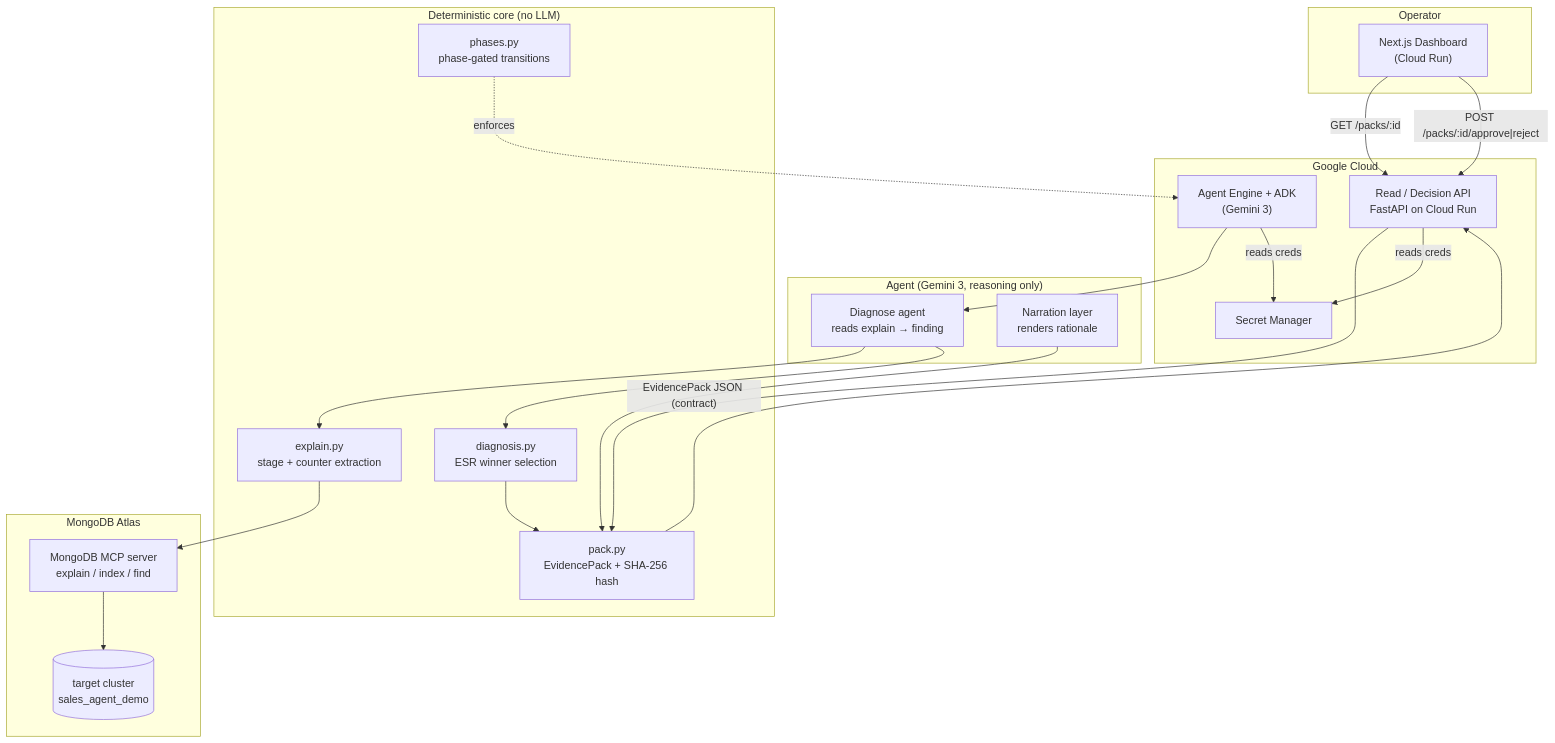
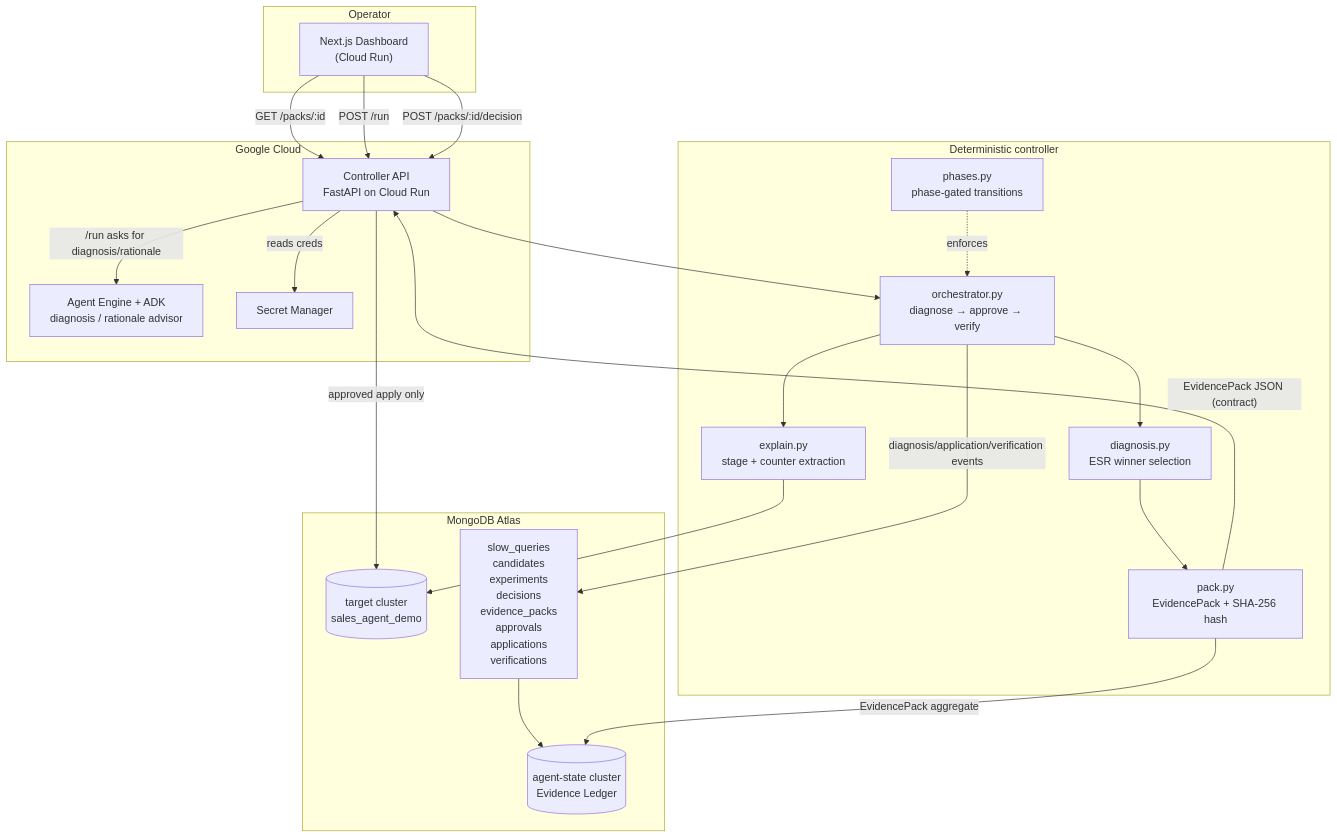
One commit to d3v07/googlecloudhack changed the diagram in demo/architecture.md. Above: the diagram before and after it, drawn with Mermaid. The commit also changed other lines of this file and 16 other files, not shown here.

First line of the commit message:
chore(day4): add diagram conformance gate (#67)

````diff
--- a/demo/architecture.md
+++ b/demo/architecture.md
@@ -14,42 +14,41 @@
 ```mermaid
 flowchart TB
     subgraph user["Operator"]
         DASH["Next.js Dashboard<br/>(Cloud Run)"]
     end
 
     subgraph gcp["Google Cloud"]
-        API["Read / Decision API<br/>FastAPI on Cloud Run"]
-        AE["Agent Engine + ADK<br/>(Gemini 3)"]
+        API["Controller API<br/>FastAPI on Cloud Run"]
+        AE["Agent Engine + ADK<br/>diagnosis / rationale advisor"]
         SM["Secret Manager"]
     end
 
-    subgraph agentlayer["Agent (Gemini 3, reasoning only)"]
-        DIAG["Diagnose agent<br/>reads explain → finding"]
-        NARR["Narration layer<br/>renders rationale"]
-    end
-
-    subgraph core["Deterministic core (no LLM)"]
+    subgraph core["Deterministic controller"]
         EXPLAIN["explain.py<br/>stage + counter extraction"]
         DECIDE["diagnosis.py<br/>ESR winner selection"]
         PACK["pack.py<br/>EvidencePack + SHA-256 hash"]
         GATE["phases.py<br/>phase-gated transitions"]
+        ORCH["orchestrator.py<br/>diagnose → approve → verify"]
     end
 
     subgraph data["MongoDB Atlas"]
         TARGET[("target cluster<br/>sales_agent_demo")]
-        MCP["MongoDB MCP server<br/>explain / index / find"]
+        STATE[("agent-state cluster<br/>Evidence Ledger")]
+        LEDGER["slow_queries<br/>candidates<br/>experiments<br/>decisions<br/>evidence_packs<br/>approvals<br/>applications<br/>verifications"]
     end
 
     DASH -- "GET /packs/:id" --> API
-    DASH -- "POST /packs/:id/approve|reject" --> API
-    API --> PACK
-    AE --> DIAG --> EXPLAIN
-    EXPLAIN --> MCP --> TARGET
-    DIAG --> DECIDE --> PACK
-    NARR --> PACK
-    GATE -. enforces .-> AE
+    DASH -- "POST /run" --> API
+    DASH -- "POST /packs/:id/decision" --> API
+    API -- "/run asks for diagnosis/rationale" --> AE
+    API --> ORCH
+    ORCH --> EXPLAIN --> TARGET
+    ORCH --> DECIDE --> PACK
+    GATE -. enforces .-> ORCH
+    ORCH -- "diagnosis/application/verification events" --> LEDGER --> STATE
+    PACK -- "EvidencePack aggregate" --> STATE
+    API -- "approved apply only" --> TARGET
     API -- reads creds --> SM
-    AE -- reads creds --> SM
 
     PACK -- "EvidencePack JSON (contract)" --> API
 ```
````
